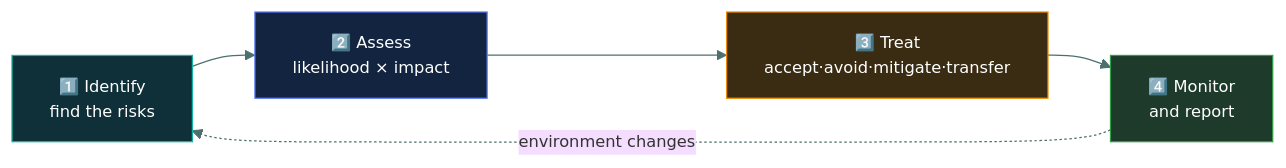
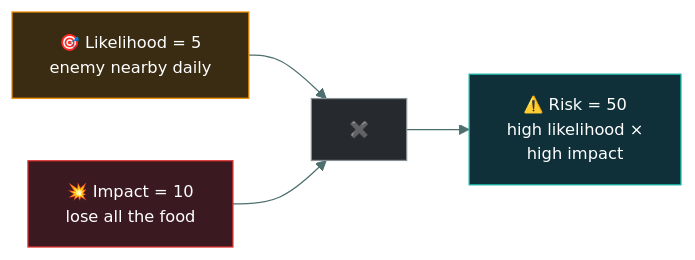
Before and after one commit to tarunTejaDesireddy/cc-exam-prep: the third of 5 diagrams in 01-security-principles/risk-concepts/README.md, drawn with Mermaid. The commit also changed other lines of this file and 1 other file, not shown here.

First line of the commit message:
Rewrite risk-concepts with the full 15-concept caveman walkthrough

````diff
--- a/01-security-principles/risk-concepts/README.md
+++ b/01-security-principles/risk-concepts/README.md
@@ -201,13 +253,12 @@
 ```mermaid
-%%{init: {'theme':'base','themeVariables':{'fontSize':'13px','lineColor':'#4d6f6e','textColor':'#dbe7e6'}}}%%
+%%{init: {'theme':'base','themeVariables':{'fontFamily':'Segoe UI, Helvetica Neue, Arial, sans-serif','fontSize':'13px','lineColor':'#4d6f6e','textColor':'#dbe7e6'}}}%%
 flowchart LR
-    ID["1️⃣ Identify<br/>find the risks"] --> AS["2️⃣ Assess<br/>likelihood × impact"]
-    AS --> TR["3️⃣ Treat<br/>accept·avoid·mitigate·transfer"]
-    TR --> MO["4️⃣ Monitor<br/>and report"]
-    MO -.->|"environment changes"| ID
+    L["🎯 Likelihood = 5<br/>enemy nearby daily"] --> X["✖️"]
+    IM["💥 Impact = 10<br/>lose all the food"] --> X
+    X --> RS["⚠️ Risk = 50<br/>high likelihood ×<br/>high impact"]
 
-    style ID fill:#0f3038,stroke:#12B5A5,color:#fff
-    style AS fill:#12243f,stroke:#5C7CFA,color:#fff
-    style TR fill:#3a2c12,stroke:#F08C00,color:#fff
-    style MO fill:#1d3a2a,stroke:#2F9E44,color:#fff
+    style L fill:#3a2c12,stroke:#F08C00,color:#fff
+    style IM fill:#3a1a20,stroke:#E03131,color:#fff
+    style X fill:#26292e,stroke:#868E96,color:#fff
+    style RS fill:#0f3038,stroke:#12B5A5,color:#fff
 ```
````
